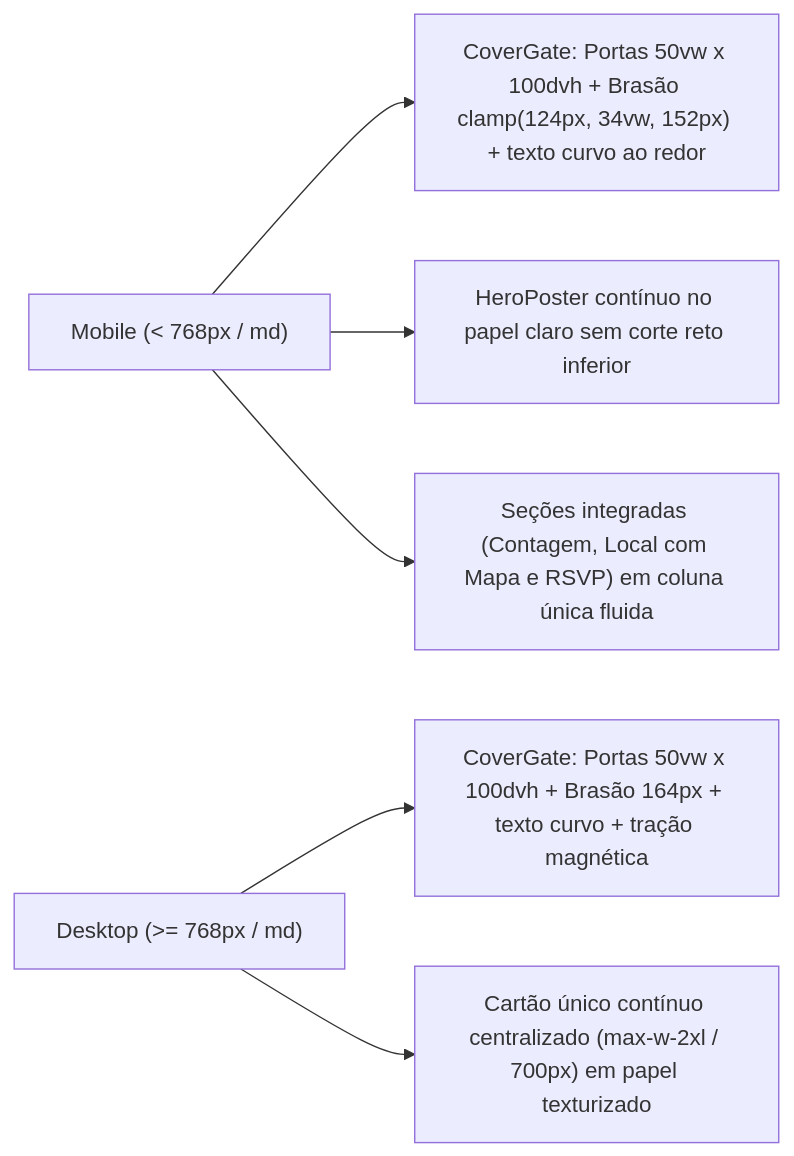
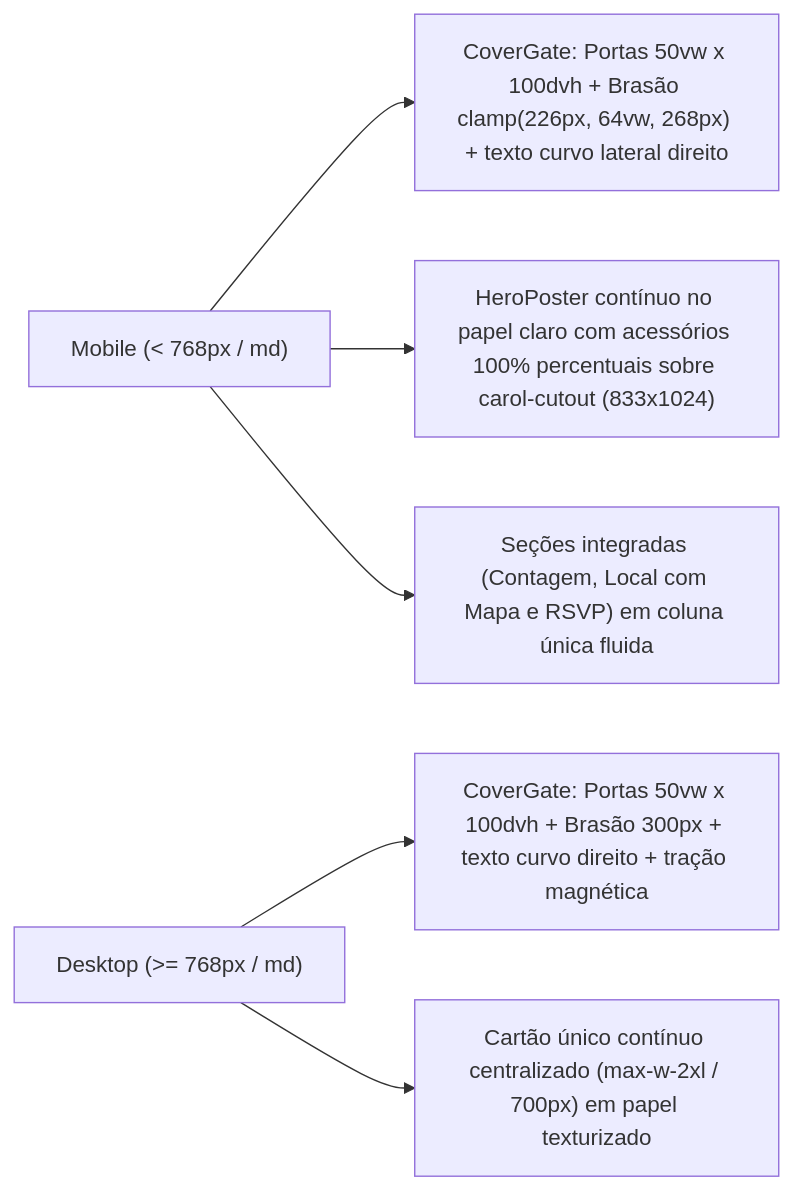
One commit to gomeslxy/carol-convite changed the diagram in Docs/03-design-system-e-responsividade.md. Above: the diagram before and after it, drawn with Mermaid. The commit also changed other lines of this file and 12 other files, not shown here.

````diff
--- a/Docs/03-design-system-e-responsividade.md
+++ b/Docs/03-design-system-e-responsividade.md
@@ -63,8 +63,8 @@
 ```mermaid
 flowchart LR
-    M["Mobile (< 768px / md)"] --> M1["CoverGate: Portas 50vw x 100dvh + Brasão clamp(124px, 34vw, 152px) + texto curvo ao redor"]
-    M --> M2["HeroPoster contínuo no papel claro sem corte reto inferior"]
+    M["Mobile (< 768px / md)"] --> M1["CoverGate: Portas 50vw x 100dvh + Brasão clamp(226px, 64vw, 268px) + texto curvo lateral direito"]
+    M --> M2["HeroPoster contínuo no papel claro com acessórios 100% percentuais sobre carol-cutout (833x1024)"]
     M --> M3["Seções integradas (Contagem, Local com Mapa e RSVP) em coluna única fluida"]
-    D["Desktop (>= 768px / md)"] --> D1["CoverGate: Portas 50vw x 100dvh + Brasão 164px + texto curvo + tração magnética"]
+    D["Desktop (>= 768px / md)"] --> D1["CoverGate: Portas 50vw x 100dvh + Brasão 300px + texto curvo direito + tração magnética"]
     D --> D2["Cartão único contínuo centralizado (max-w-2xl / 700px) em papel texturizado"]
 ```
````
